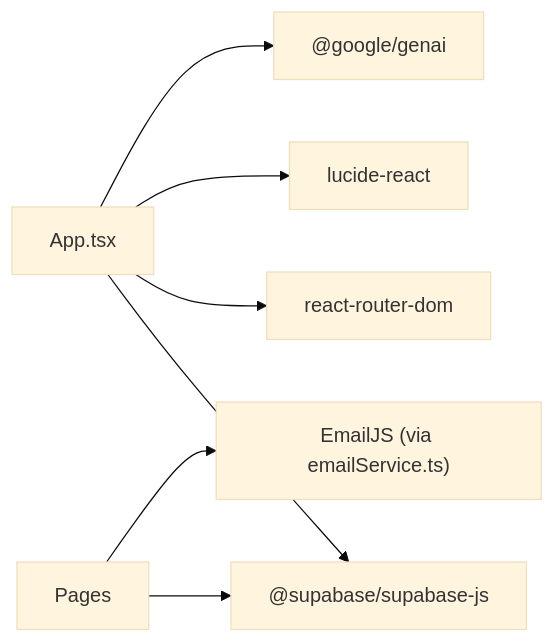
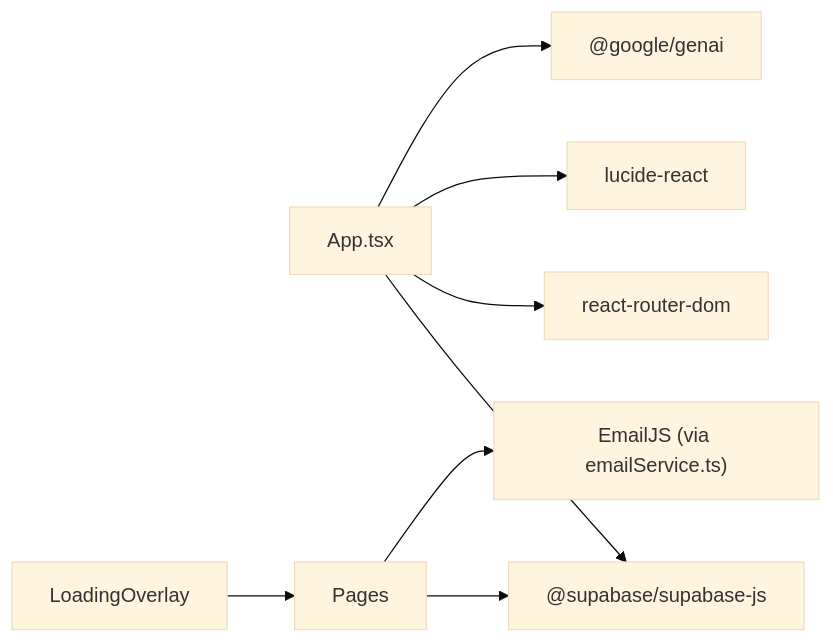
One commit to zpria/ACCOUND-ZPRIA changed diagram 14 of 14 in .qoder/repowiki/en/content/Authentication System/Authentication System.md. Above: the diagram before and after it, drawn with Mermaid (base theme). The commit also changed other lines of this file and 12 other files, not shown here.

````diff
--- a/.qoder/repowiki/en/content/Authentication System/Authentication System.md
+++ b/.qoder/repowiki/en/content/Authentication System/Authentication System.md
@@ -401,9 +503,10 @@
 ```mermaid
 graph LR
 App["App.tsx"] --> Supabase["@supabase/supabase-js"]
 App --> Router["react-router-dom"]
 App --> Icons["lucide-react"]
 App --> Gemini["@google/genai"]
 Pages["Pages"] --> Supabase
 Pages --> EmailJS["EmailJS (via emailService.ts)"]
+Loading["LoadingOverlay"] --> Pages
 ```
````
